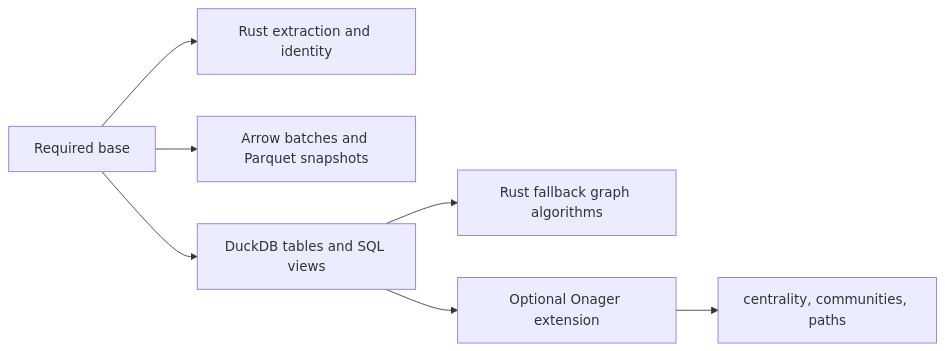
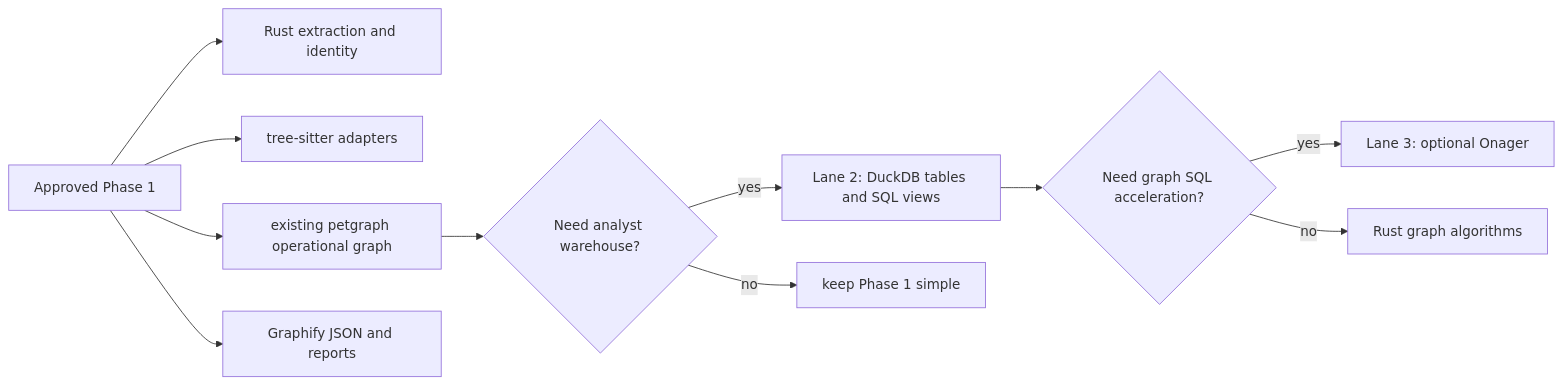
One commit to getspur/spur changed the fifth of 5 diagrams in docs/spur/graphify-rust-duckdb-onager-alternative.md. Above: the diagram before and after it, drawn with Mermaid. The commit also changed other lines of this file, not shown here.

Commit message:
docs(spur): bd-10d approve minimal graph lane

````diff
--- a/docs/spur/graphify-rust-duckdb-onager-alternative.md
+++ b/docs/spur/graphify-rust-duckdb-onager-alternative.md
@@ -523,9 +534,15 @@
 ```mermaid
 flowchart LR
-    Base[Required base] --> Rust[Rust extraction and identity]
-    Base --> Arrow[Arrow batches and Parquet snapshots]
-    Base --> DuckDB[DuckDB tables and SQL views]
-    DuckDB --> Fallback[Rust fallback graph algorithms]
-    DuckDB --> Optional[Optional Onager extension]
-    Optional --> Faster[centrality, communities, paths]
+    Phase1[Approved Phase 1] --> Rust[Rust extraction and identity]
+    Phase1 --> TS[tree-sitter adapters]
+    Phase1 --> Petgraph[existing petgraph operational graph]
+    Phase1 --> Exports[Graphify JSON and reports]
+
+    Petgraph --> Gate{Need analyst warehouse?}
+    Gate -- yes --> DuckDB[Lane 2: DuckDB tables and SQL views]
+    Gate -- no --> Continue[keep Phase 1 simple]
+
+    DuckDB --> Accel{Need graph SQL acceleration?}
+    Accel -- yes --> Onager[Lane 3: optional Onager]
+    Accel -- no --> RustAlgo[Rust graph algorithms]
 ```
````
